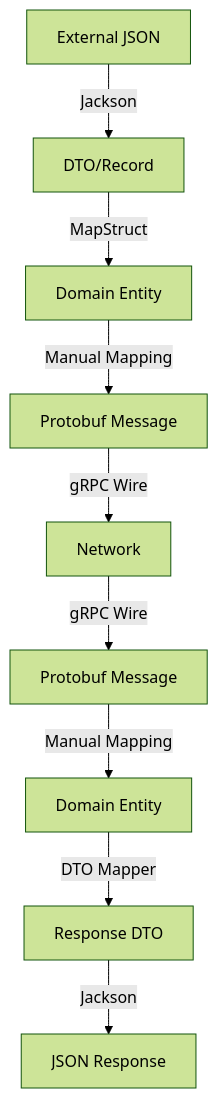
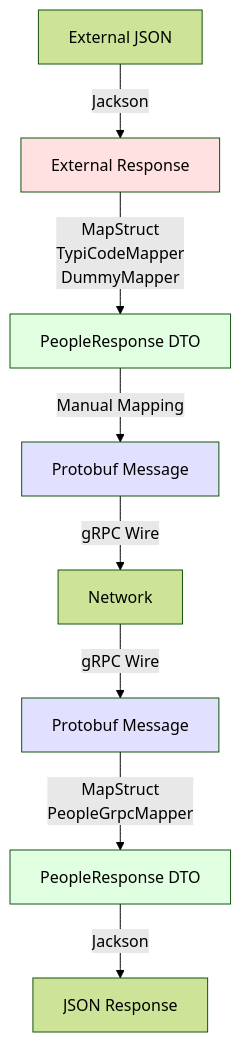
Before and after one commit to eneas-almeida/bridge: the tenth of 15 diagrams in ARCHITECTURE.md, drawn with Mermaid (forest theme). The commit also changed other lines of this file, not shown here.

````diff
--- a/ARCHITECTURE.md
+++ b/ARCHITECTURE.md
@@ -339,11 +420,16 @@
 ```mermaid
 graph TB
-    A[External JSON] -->|Jackson| B[DTO/Record]
-    B -->|MapStruct| C[Domain Entity]
+    A[External JSON] -->|Jackson| B[External Response]
+    B -->|MapStruct<br/>TypiCodeMapper<br/>DummyMapper| C[PeopleResponse DTO]
     C -->|Manual Mapping| D[Protobuf Message]
     D -->|gRPC Wire| E[Network]
     E -->|gRPC Wire| F[Protobuf Message]
-    F -->|Manual Mapping| G[Domain Entity]
-    G -->|DTO Mapper| H[Response DTO]
-    H -->|Jackson| I[JSON Response]
+    F -->|MapStruct<br/>PeopleGrpcMapper| G[PeopleResponse DTO]
+    G -->|Jackson| H[JSON Response]
+
+    style B fill:#ffe1e1
+    style C fill:#e1ffe1
+    style D fill:#e1e1ff
+    style F fill:#e1e1ff
+    style G fill:#e1ffe1
 ```
````
